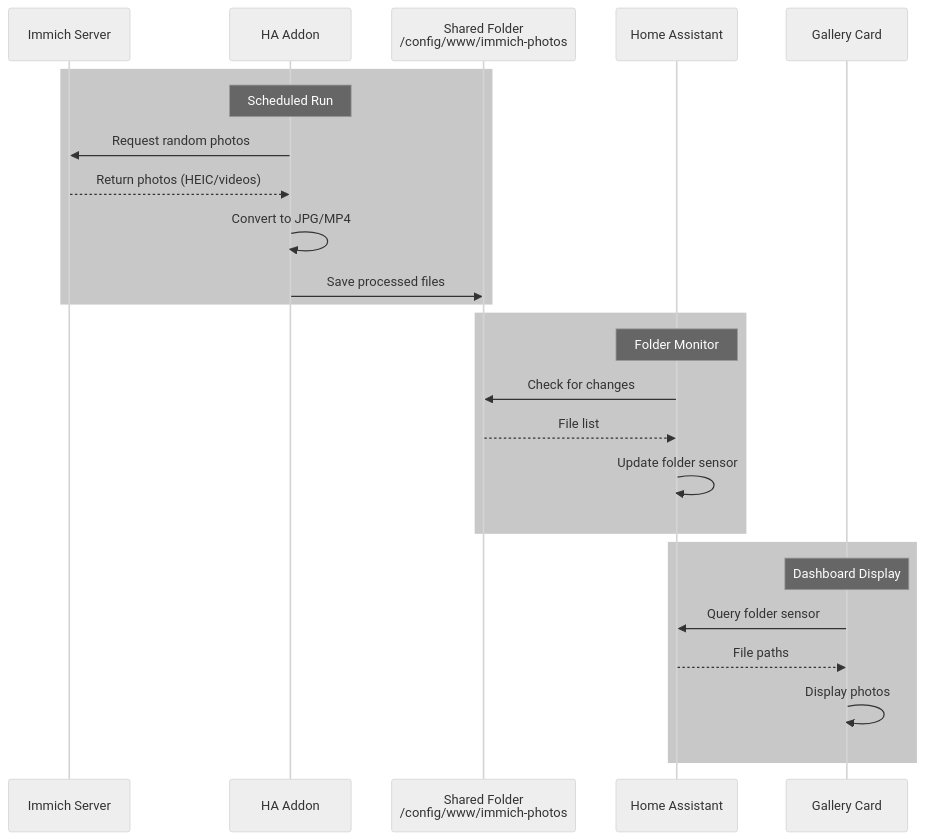
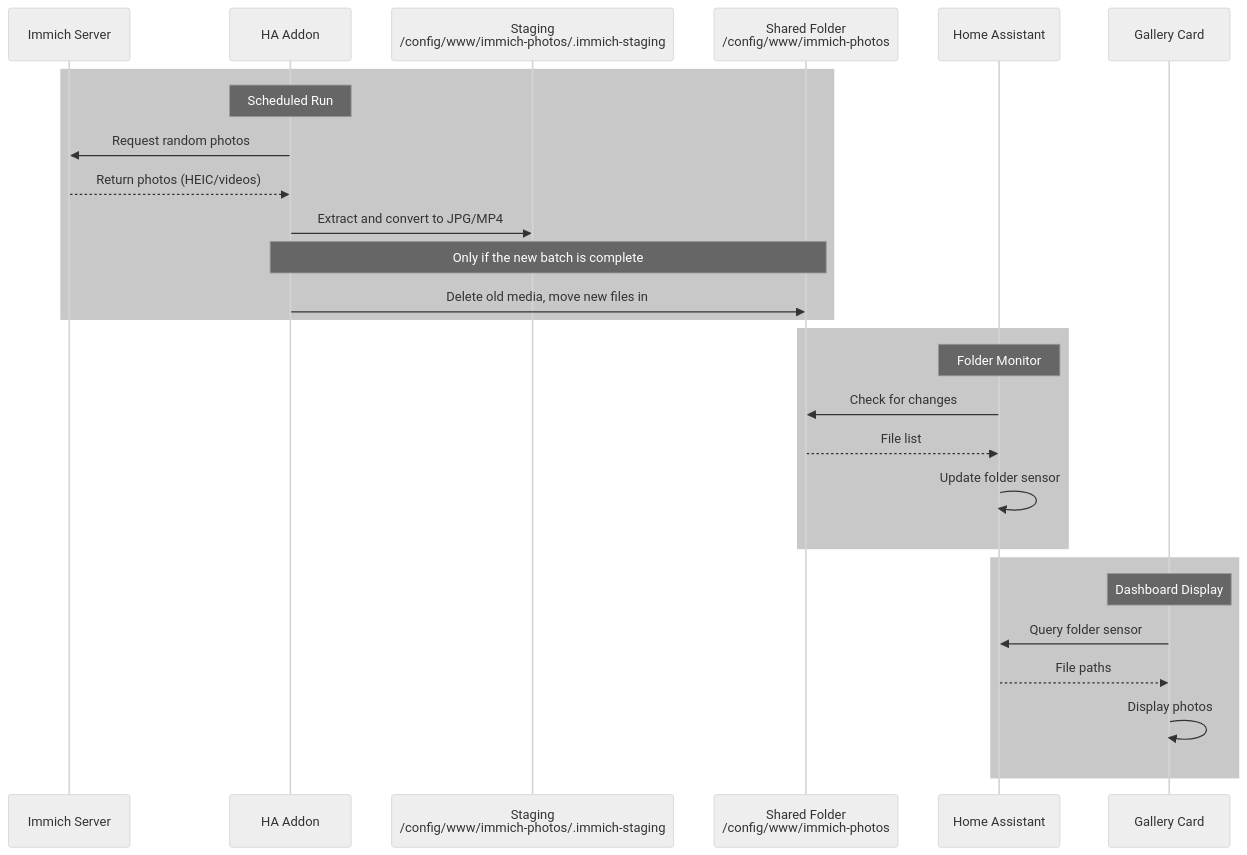
One commit to thaynes43/hass-immich-addon changed the diagram in README.md. Above: the diagram before and after it, drawn with Mermaid (neutral theme). The commit also changed other lines of this file and 13 other files, not shown here.

````diff
--- a/README.md
+++ b/README.md
@@ -106,30 +137,32 @@
 ```mermaid
 sequenceDiagram
     participant I as Immich Server
     participant A as HA Addon
+    participant S as Staging<br>/config/www/immich-photos/.immich-staging
     participant F as Shared Folder<br>/config/www/immich-photos
     participant H as Home Assistant
     participant G as Gallery Card
 
     rect rgb(200, 200, 200)
         Note over A: Scheduled Run
         A->>I: Request random photos
         I-->>A: Return photos (HEIC/videos)
-        A->>A: Convert to JPG/MP4
-        A->>F: Save processed files
+        A->>S: Extract and convert to JPG/MP4
+        Note over A,F: Only if the new batch is complete
+        A->>F: Delete old media, move new files in
     end
 
     rect rgb(200, 200, 200)
         Note over H: Folder Monitor
         H->>F: Check for changes
         F-->>H: File list
         H->>H: Update folder sensor
     end
 
     rect rgb(200, 200, 200)
         Note over G: Dashboard Display
         G->>H: Query folder sensor
         H-->>G: File paths
         G->>G: Display photos
     end
 ```
````
